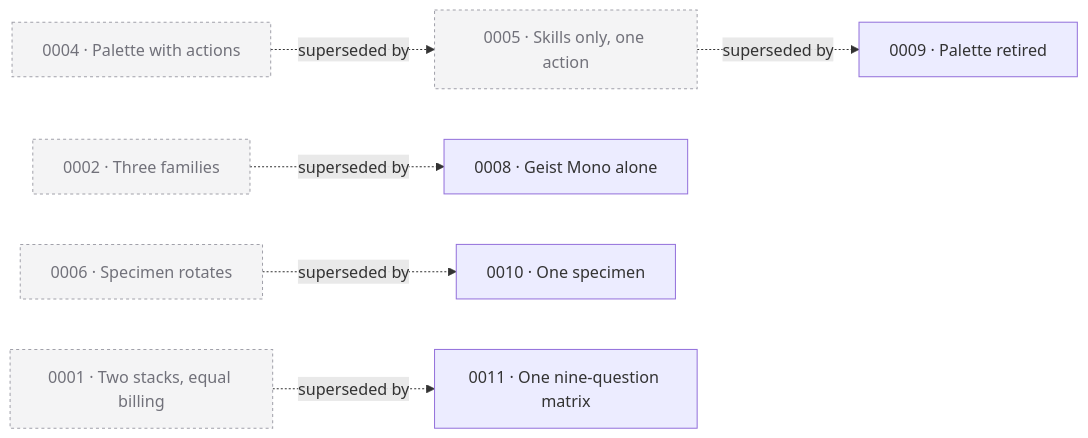
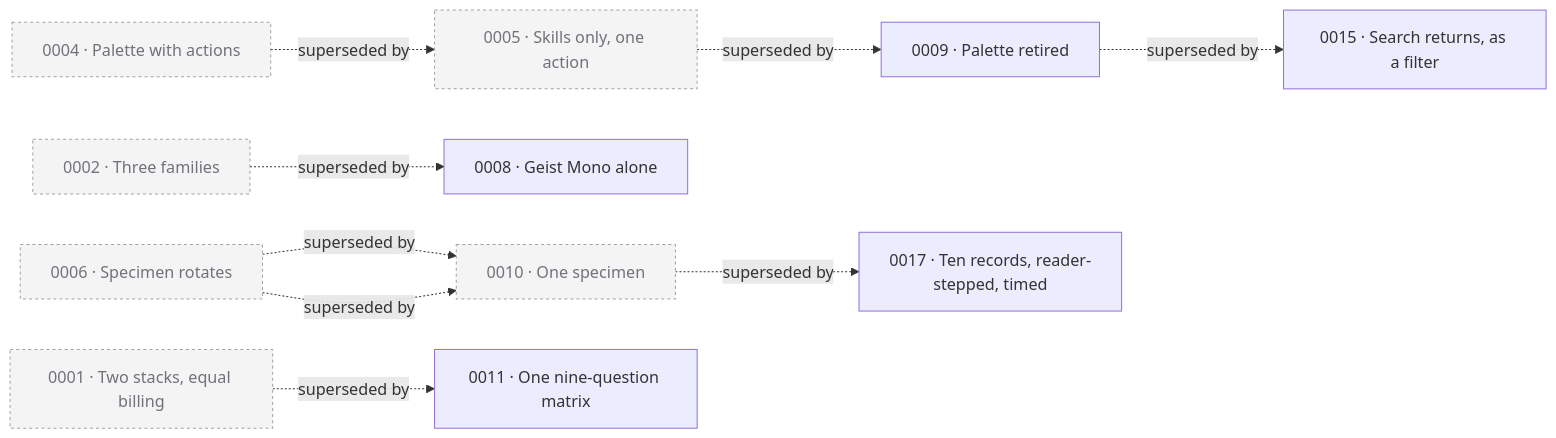
Before and after one commit to vidhunnan/agentic-skills: the diagram in design/decisions/README.md, drawn with Mermaid. The commit also changed other lines of this file and 13 other files, not shown here.

````diff
--- a/design/decisions/README.md
+++ b/design/decisions/README.md
@@ -60,22 +66,28 @@
 ```mermaid
 graph LR
   0004["0004 · Palette with actions"]:::superseded
   0005["0005 · Skills only, one action"]:::superseded
   0009["0009 · Palette retired"]
   0004 -.->|superseded by| 0005
   0005 -.->|superseded by| 0009
 
   0002["0002 · Three families"]:::superseded
   0008["0008 · Geist Mono alone"]
   0002 -.->|superseded by| 0008
 
   0006["0006 · Specimen rotates"]:::superseded
   0010["0010 · One specimen"]
   0006 -.->|superseded by| 0010
 
   0001["0001 · Two stacks, equal billing"]:::superseded
   0011["0011 · One nine-question matrix"]
   0001 -.->|superseded by| 0011
 
+  0009 -.->|superseded by| 0015["0015 · Search returns, as a filter"]
+  0006 -.->|superseded by| 0010
+  0010["0010 · One specimen"]:::superseded
+  0017["0017 · Ten records, reader-stepped, timed"]
+  0010 -.->|superseded by| 0017
+
   classDef superseded fill:#f4f4f5,stroke:#a1a1aa,color:#71717a,stroke-dasharray:3 3;
 ```
````
